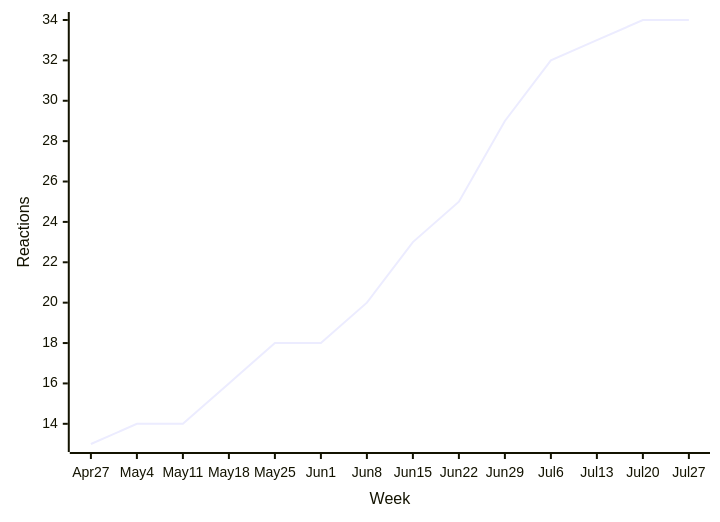
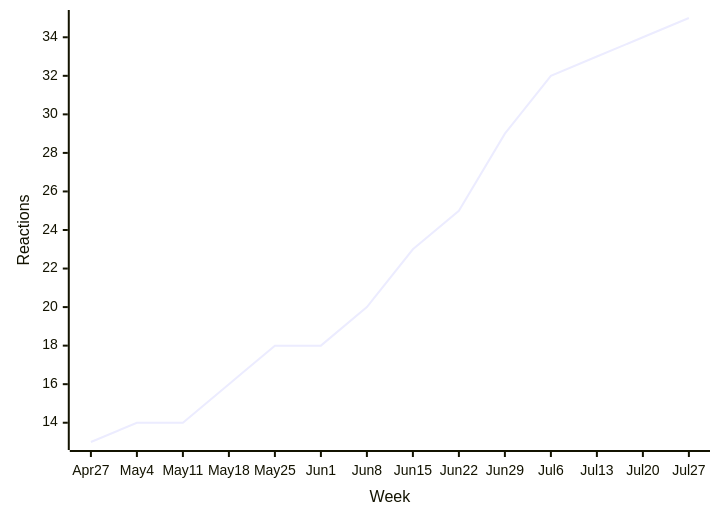
The sixth of 46 diagrams in README.md (loic-sharma/github-insights), drawn with Mermaid before and after one commit. The commit also changed other lines of this file and 2 other files, not shown here.

````diff
--- a/README.md
+++ b/README.md
@@ -424,6 +424,6 @@
   ```mermaid
   xychart-beta
     x-axis "Week" [Apr 27, May 4, May 11, May 18, May 25, Jun 1, Jun 8, Jun 15, Jun 22, Jun 29, Jul 6, Jul 13, Jul 20, Jul 27]
     y-axis "Reactions"
-    line [13, 14, 14, 16, 18, 18, 20, 23, 25, 29, 32, 33, 34, 34]
+    line [13, 14, 14, 16, 18, 18, 20, 23, 25, 29, 32, 33, 34, 35]
   ```
````
